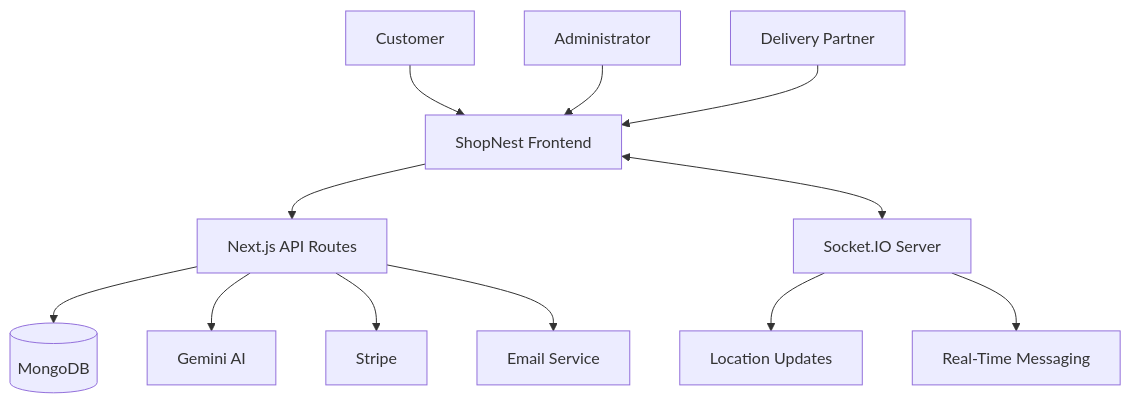
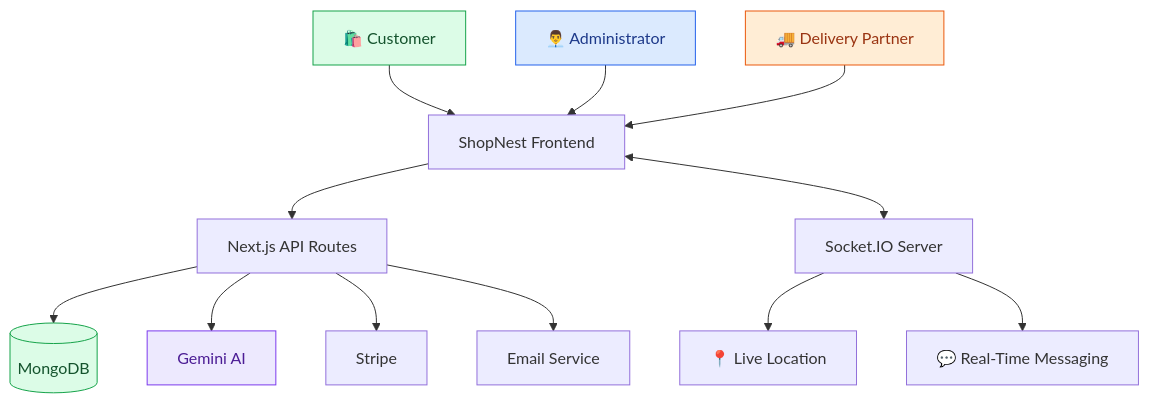
Before and after one commit to samarthpandey158/groceryFolder: the diagram in README.md, drawn with Mermaid. The commit also changed other lines of this file, not shown here.

````diff
--- a/README.md
+++ b/README.md
@@ -63,17 +73,23 @@
 ```mermaid
 flowchart TD
-    A[Customer] --> D[ShopNest Frontend]
-    B[Administrator] --> D
-    C[Delivery Partner] --> D
+    A["🛍️ Customer"] --> D["ShopNest Frontend"]
+    B["👨‍💼 Administrator"] --> D
+    C["🚚 Delivery Partner"] --> D
 
-    D --> E[Next.js API Routes]
-    D <--> F[Socket.IO Server]
+    D --> E["Next.js API Routes"]
+    D <--> F["Socket.IO Server"]
 
-    E --> G[(MongoDB)]
-    E --> H[Gemini AI]
-    E --> I[Stripe]
-    E --> J[Email Service]
+    E --> G[("MongoDB")]
+    E --> H["Gemini AI"]
+    E --> I["Stripe"]
+    E --> J["Email Service"]
 
-    F --> K[Location Updates]
-    F --> L[Real-Time Messaging]
+    F --> K["📍 Live Location"]
+    F --> L["💬 Real-Time Messaging"]
+
+    style A fill:#dcfce7,stroke:#16a34a,color:#14532d
+    style B fill:#dbeafe,stroke:#2563eb,color:#1e3a8a
+    style C fill:#ffedd5,stroke:#ea580c,color:#9a3412
+    style H fill:#ede9fe,stroke:#7c3aed,color:#4c1d95
+    style G fill:#dcfce7,stroke:#16a34a,color:#14532d
 ```
````
